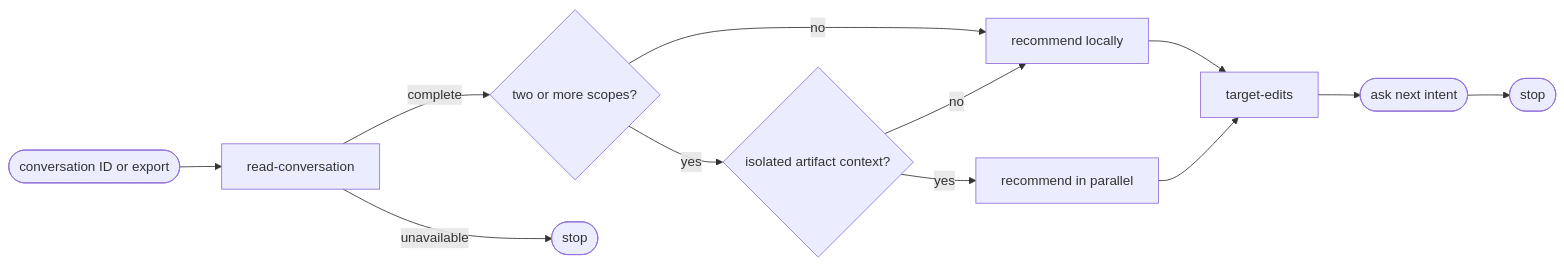
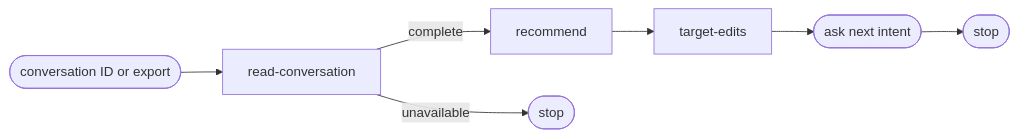
The diagram in plugins/aidd-refine/skills/05-improve/SKILL.md (ai-driven-dev/framework), drawn with Mermaid before and after one commit. The commit also changed other lines of this file and 3 other files, not shown here.

````diff
--- a/plugins/aidd-refine/skills/05-improve/SKILL.md
+++ b/plugins/aidd-refine/skills/05-improve/SKILL.md
@@ -8,11 +8,7 @@
 ```mermaid
 flowchart LR
   start([conversation ID or export]) --> read-conversation
-  read-conversation -->|complete| scopes{two or more scopes?}
+  read-conversation -->|complete| recommend --> target-edits
   read-conversation -->|unavailable| unavailable([stop])
-  scopes -->|no| recommend-local[recommend locally] --> target-edits
-  scopes -->|yes| isolation{isolated artifact context?}
-  isolation -->|yes| recommend-parallel[recommend in parallel] --> target-edits
-  isolation -->|no| recommend-local
   target-edits --> question([ask next intent]) --> stop([stop])
 ```
````
